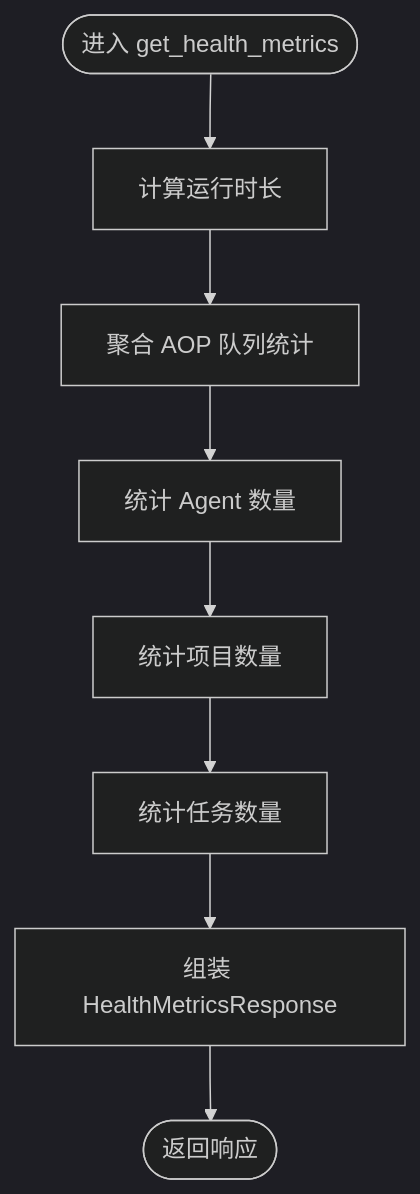
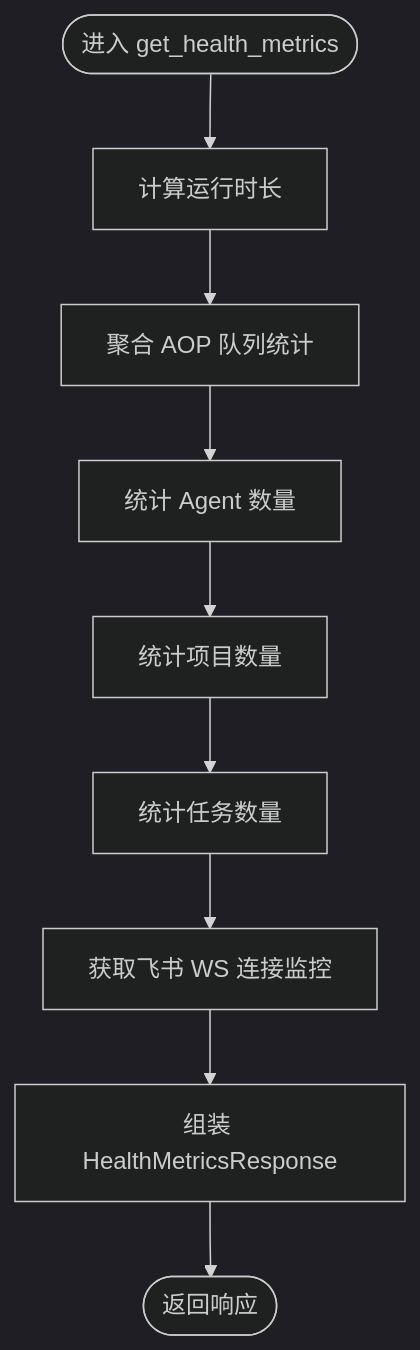
One commit to runningcoders/ai_orz changed the fourth of 9 diagrams in .qoder/repowiki/zh/content/项目概述/核心功能特性/系统管理功能/系统健康检查.md. Above: the diagram before and after it, drawn with Mermaid (dark theme). The commit also changed other lines of this file and 10 other files, not shown here.

````diff
--- a/.qoder/repowiki/zh/content/项目概述/核心功能特性/系统管理功能/系统健康检查.md
+++ b/.qoder/repowiki/zh/content/项目概述/核心功能特性/系统管理功能/系统健康检查.md
@@ -144,10 +171,11 @@
 ```mermaid
 flowchart TD
 Enter(["进入 get_health_metrics"]) --> Uptime["计算运行时长"]
 Uptime --> AOP["聚合 AOP 队列统计"]
 AOP --> Agents["统计 Agent 数量"]
 Agents --> Projects["统计项目数量"]
 Projects --> Tasks["统计任务数量"]
-Tasks --> Resp["组装 HealthMetricsResponse"]
+Tasks --> LarkWS["获取飞书 WS 连接监控"]
+LarkWS --> Resp["组装 HealthMetricsResponse"]
 Resp --> Return(["返回响应"])
 ```
````
